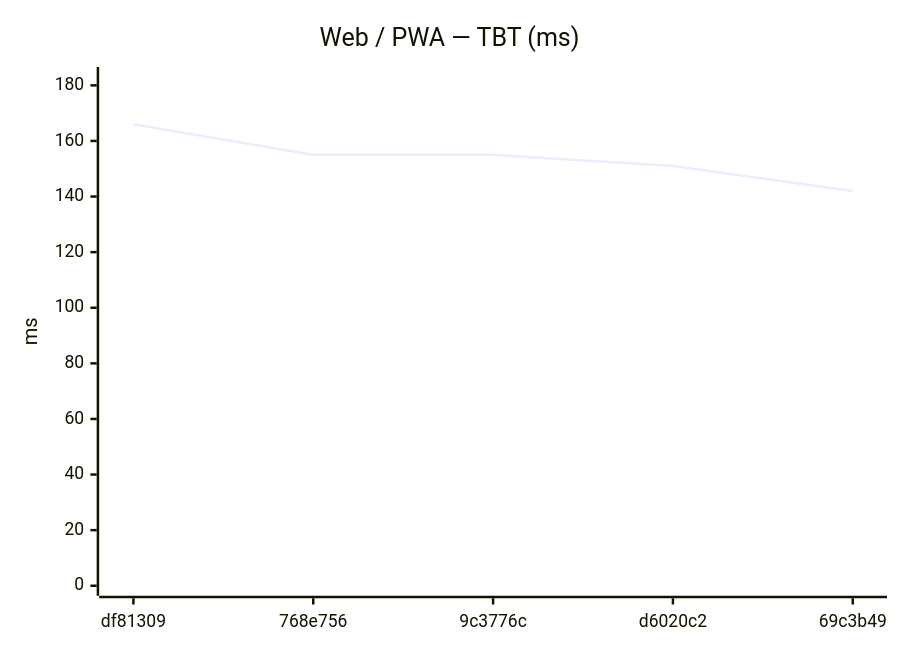
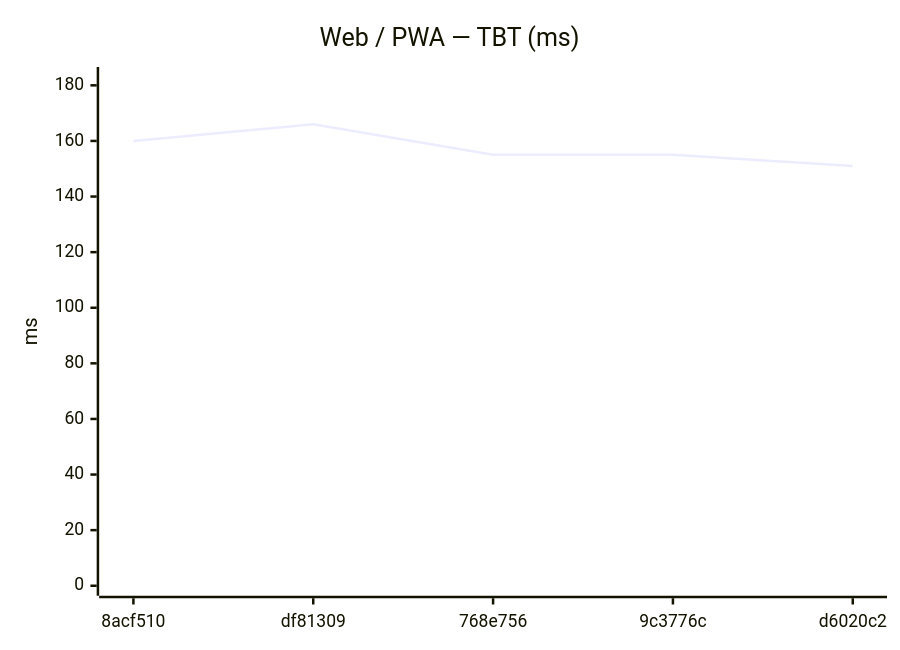
One commit to Metaheurist/Rianell changed the eighth of 18 diagrams in benchmarks/compare.md. Above: the diagram before and after it, drawn with Mermaid. The commit also changed other lines of this file and 11 other files, not shown here.

````diff
--- a/benchmarks/compare.md
+++ b/benchmarks/compare.md
@@ -124,7 +124,7 @@
 ```mermaid
 xychart-beta
     title "Web / PWA — TBT (ms)"
-    x-axis ["df81309", "768e756", "9c3776c", "d6020c2", "69c3b49"]
+    x-axis ["8acf510", "df81309", "768e756", "9c3776c", "d6020c2"]
     y-axis "ms" 0 --> 183
-    line [166, 155, 155, 151, 142]
+    line [160, 166, 155, 155, 151]
 ```
````
